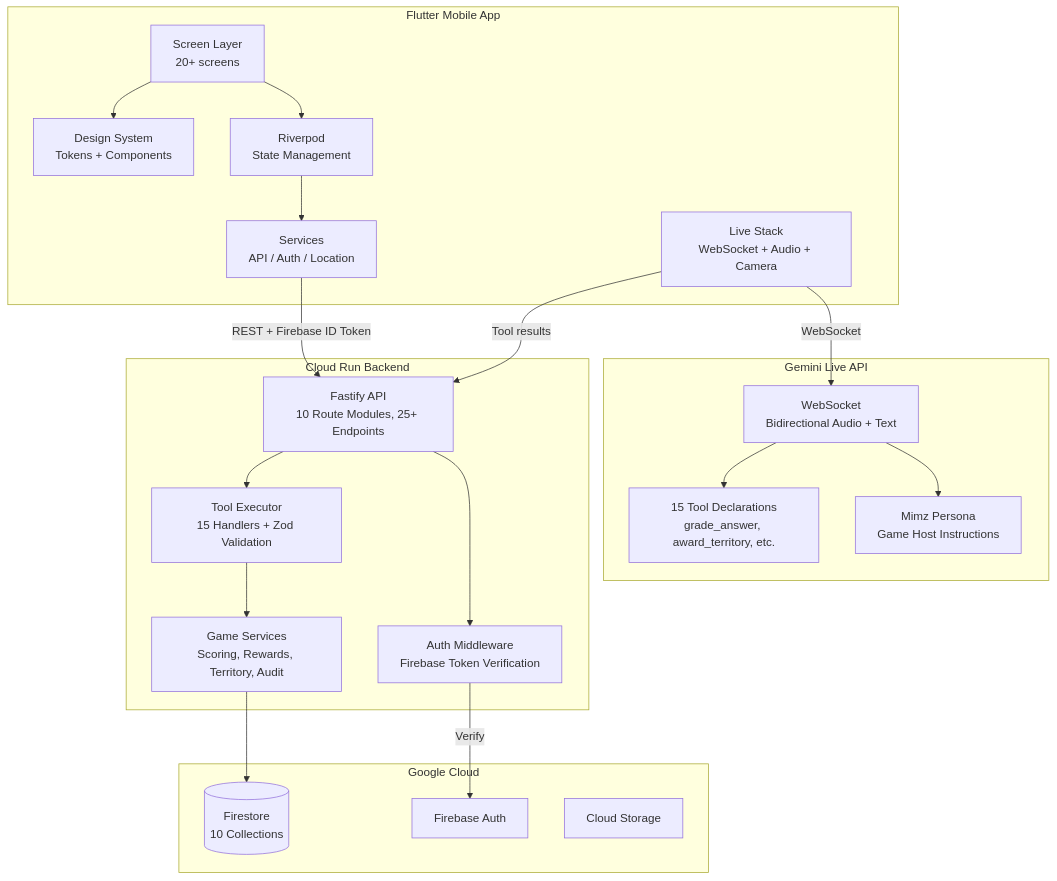
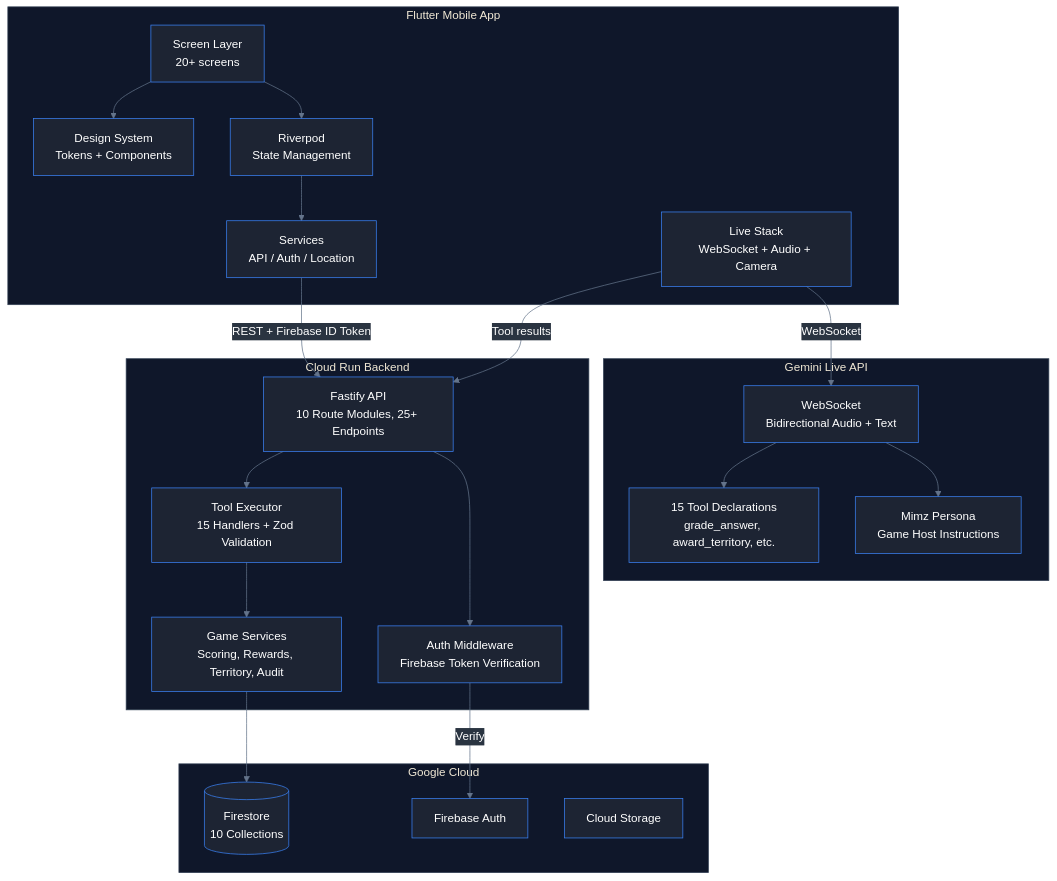
Before and after one commit to AmirmLotfy/mimz: the diagram in docs/assets/architecture.mmd, drawn with Mermaid. The commit also changed 1 other file, not shown here.

Commit message:
docs: update architecture diagram with premium dark mode theme

```diff
--- a/docs/assets/architecture.mmd
+++ b/docs/assets/architecture.mmd
@@ -1,41 +1,58 @@
+%%{init: {
+  'theme': 'base',
+  'themeVariables': {
+    'primaryColor': '#1D2433',
+    'primaryTextColor': '#FFFFFF',
+    'primaryBorderColor': '#3B82F6',
+    'lineColor': '#64748B',
+    'secondaryColor': '#2A3441',
+    'tertiaryColor': '#0F172A',
+    'clusterBkg': '#0F172A',
+    'clusterBorder': '#334155',
+    'nodeBorder': '#3B82F6',
+    'mainBkg': '#1D2433',
+    'fontSize': '16px',
+    'fontFamily': 'system-ui, -apple-system, sans-serif'
+  }
+}}%%
 graph TB
     subgraph "Flutter Mobile App"
         UI["Screen Layer<br>20+ screens"]
         DS["Design System<br>Tokens + Components"]
         RP["Riverpod<br>State Management"]
         LIVE["Live Stack<br>WebSocket + Audio + Camera"]
         SVC["Services<br>API / Auth / Location"]
     end
 
     subgraph "Gemini Live API"
         WS["WebSocket<br>Bidirectional Audio + Text"]
         TOOLS["15 Tool Declarations<br>grade_answer, award_territory, etc."]
         PERSONA["Mimz Persona<br>Game Host Instructions"]
     end
 
     subgraph "Cloud Run Backend"
         API["Fastify API<br>10 Route Modules, 25+ Endpoints"]
         AUTH["Auth Middleware<br>Firebase Token Verification"]
         EXEC["Tool Executor<br>15 Handlers + Zod Validation"]
         GSVC["Game Services<br>Scoring, Rewards, Territory, Audit"]
     end
 
     subgraph "Google Cloud"
         FS[("Firestore<br>10 Collections")]
         FA["Firebase Auth"]
         GCS["Cloud Storage"]
     end
 
     UI --> DS
     UI --> RP
     RP --> SVC
     SVC -->|"REST + Firebase ID Token"| API
     LIVE -->|"WebSocket"| WS
     LIVE -->|"Tool results"| API
     API --> AUTH
     AUTH -->|"Verify"| FA
     API --> EXEC
     EXEC --> GSVC
     GSVC --> FS
     WS --> TOOLS
     WS --> PERSONA
```
